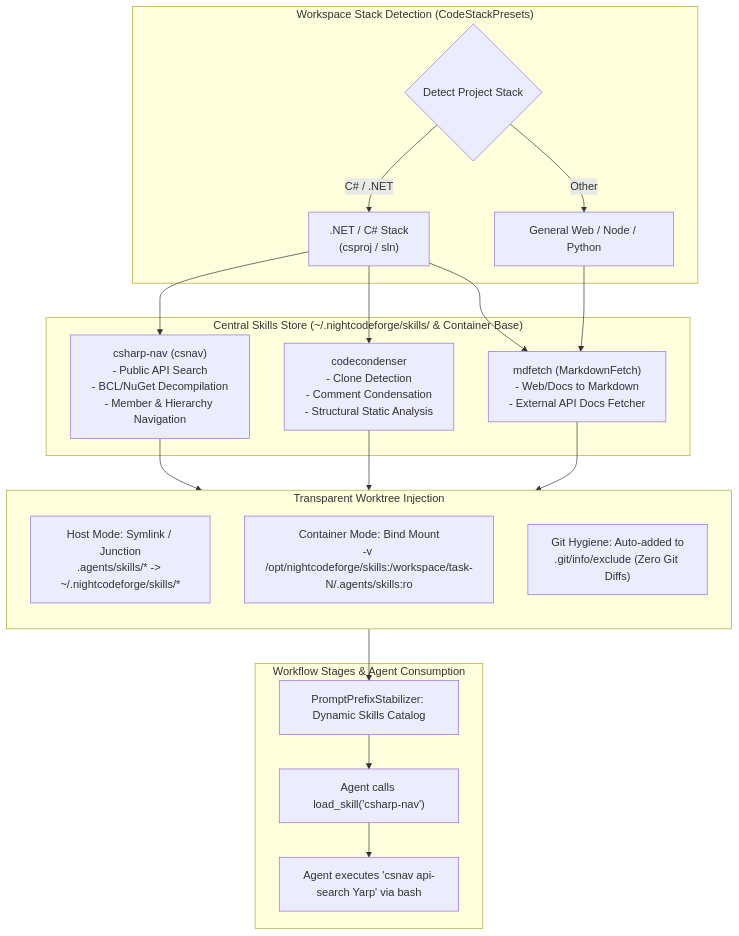
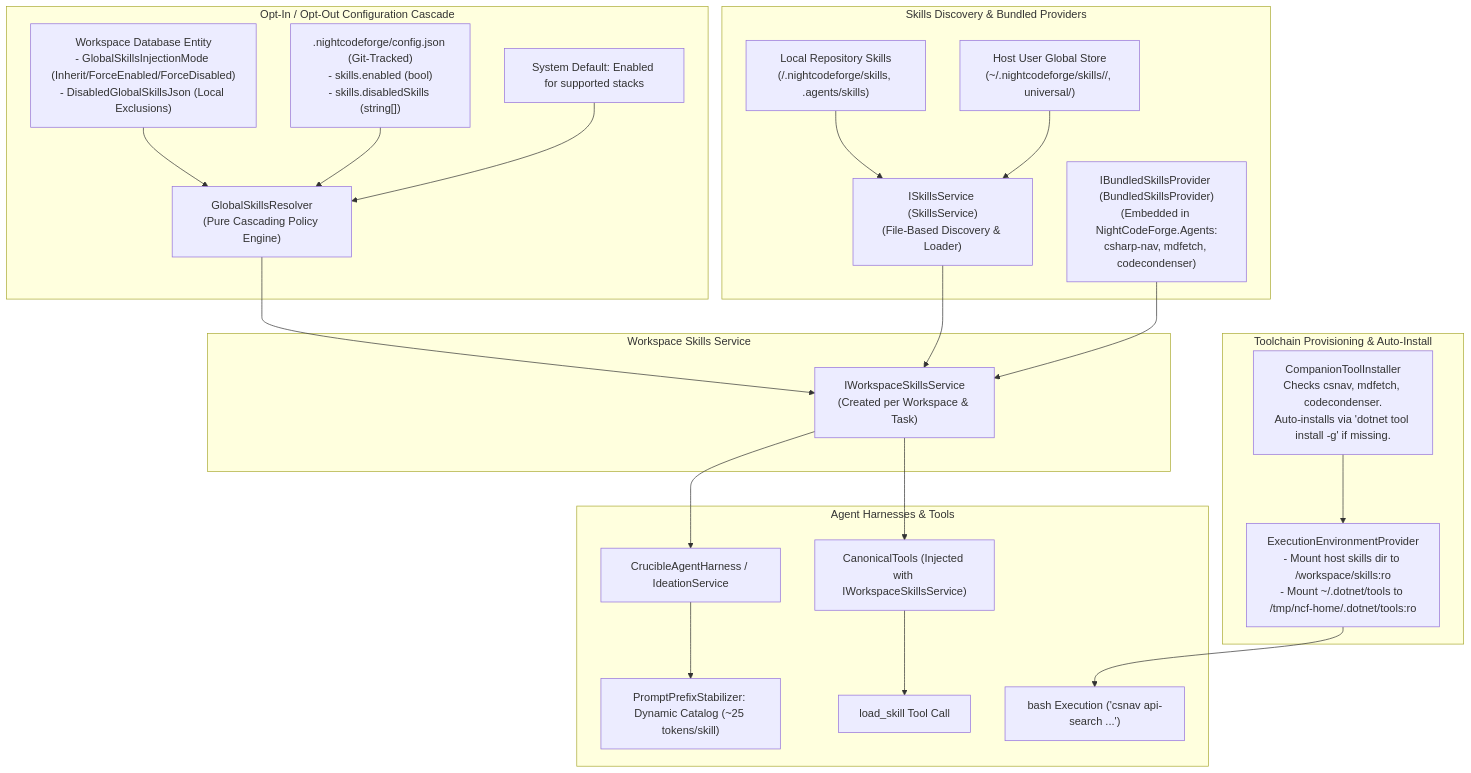
One commit to jetelain/NightCodeForge changed the diagram in docs/plan/phase-12/STEP_12_14_GLOBAL_SKILLS_INJECTION_AND_STACK_TOOLING.md. Above: the diagram before and after it, drawn with Mermaid. The commit also changed other lines of this file and 62 other files, not shown here.

Commit message:
Step 12.14: Global Skills Injection & Stack-Specific Tool Provisioning (csnav, mdfetch, codecondenser)

````diff
--- a/docs/plan/phase-12/STEP_12_14_GLOBAL_SKILLS_INJECTION_AND_STACK_TOOLING.md
+++ b/docs/plan/phase-12/STEP_12_14_GLOBAL_SKILLS_INJECTION_AND_STACK_TOOLING.md
@@ -41,43 +47,50 @@
 ```mermaid
 flowchart TD
-    subgraph GlobalStore ["Central Skills Store (~/.nightcodeforge/skills/ & Container Base)"]
-        CSNav["csharp-nav (csnav)<br/>- Public API Search<br/>- BCL/NuGet Decompilation<br/>- Member & Hierarchy Navigation"]
-        MDFetch["mdfetch (MarkdownFetch)<br/>- Web/Docs to Markdown<br/>- External API Docs Fetcher"]
-        CodeCond["codecondenser<br/>- Clone Detection<br/>- Comment Condensation<br/>- Structural Static Analysis"]
+    subgraph ConfigResolution ["Opt-In / Opt-Out Configuration Cascade"]
+        DbOverride["Workspace Database Entity<br/>- GlobalSkillsInjectionMode (Inherit/ForceEnabled/ForceDisabled)<br/>- DisabledGlobalSkillsJson (Local Exclusions)"]
+        RepoConfig[".nightcodeforge/config.json (Git-Tracked)<br/>- skills.enabled (bool)<br/>- skills.disabledSkills (string[])"]
+        SystemDefault["System Default: Enabled for supported stacks"]
+        Resolver["GlobalSkillsResolver<br/>(Pure Cascading Policy Engine)"]
+        
+        DbOverride --> Resolver
+        RepoConfig --> Resolver
+        SystemDefault --> Resolver
     end
 
-    subgraph StackDetection ["Workspace Stack Detection (CodeStackPresets)"]
-        Detect{"Detect Project Stack"}
-        CSharpStack[".NET / C# Stack<br/>(csproj / sln)"]
-        GeneralStack["General Web / Node / Python"]
+    subgraph SkillsSources ["Skills Discovery & Bundled Providers"]
+        RepoSkills["Local Repository Skills<br/>(<worktree>/.nightcodeforge/skills, .agents/skills)"]
+        GlobalStore["Host User Global Store<br/>(~/.nightcodeforge/skills/<stack>/, universal/)"]
+        FileService["ISkillsService (SkillsService)<br/>(File-Based Discovery & Loader)"]
+        BundledSkills["IBundledSkillsProvider (BundledSkillsProvider)<br/>(Embedded in NightCodeForge.Agents:<br/>csharp-nav, mdfetch, codecondenser)"]
+
+        RepoSkills --> FileService
+        GlobalStore --> FileService
     end
 
-    subgraph InjectionMechanism ["Transparent Worktree Injection"]
-        direction TB
-        HostLink["Host Mode: Symlink / Junction<br/>.agents/skills/* -> ~/.nightcodeforge/skills/*"]
-        ContainerMount["Container Mode: Bind Mount<br/>-v /opt/nightcodeforge/skills:/workspace/task-N/.agents/skills:ro"]
-        GitIgnore["Git Hygiene: Auto-added to<br/>.git/info/exclude (Zero Git Diffs)"]
+    subgraph ServiceLayer ["Workspace Skills Service"]
+        SkillsSvc["IWorkspaceSkillsService<br/>(Created per Workspace & Task)"]
+        Resolver --> SkillsSvc
+        FileService --> SkillsSvc
+        BundledSkills --> SkillsSvc
     end
 
-    subgraph StageHarness ["Workflow Stages & Agent Consumption"]
-        Catalog["PromptPrefixStabilizer: Dynamic Skills Catalog"]
-        LoadTool["Agent calls load_skill('csharp-nav')"]
-        ExecTool["Agent executes 'csnav api-search Yarp' via bash"]
+    subgraph ToolchainPrep ["Toolchain Provisioning & Auto-Install"]
+        ToolInstaller["CompanionToolInstaller<br/>Checks csnav, mdfetch, codecondenser.<br/>Auto-installs via 'dotnet tool install -g' if missing."]
+        HostMounts["ExecutionEnvironmentProvider<br/>- Mount host skills dir to /workspace/skills:ro<br/>- Mount ~/.dotnet/tools to /tmp/ncf-home/.dotnet/tools:ro"]
+        ToolInstaller --> HostMounts
     end
 
-    Detect -->|C# / .NET| CSharpStack
-    Detect -->|Other| GeneralStack
-
-    CSharpStack --> CSNav
-    CSharpStack --> CodeCond
-    GeneralStack --> MDFetch
-    CSharpStack --> MDFetch
-
-    CSNav --> InjectionMechanism
-    MDFetch --> InjectionMechanism
-    CodeCond --> InjectionMechanism
-
-    InjectionMechanism --> Catalog
-    Catalog --> LoadTool
-    LoadTool --> ExecTool
+    subgraph AgentHarnesses ["Agent Harnesses & Tools"]
+        Harness["CrucibleAgentHarness / IdeationService"]
+        Tools["CanonicalTools (Injected with IWorkspaceSkillsService)"]
+        Catalog["PromptPrefixStabilizer: Dynamic Catalog (~25 tokens/skill)"]
+        LoadTool["load_skill Tool Call"]
+        BashTool["bash Execution ('csnav api-search ...')"]
+        
+        SkillsSvc --> Harness
+        SkillsSvc --> Tools
+        Harness --> Catalog
+        Tools --> LoadTool
+        HostMounts --> BashTool
+    end
 ```
````
